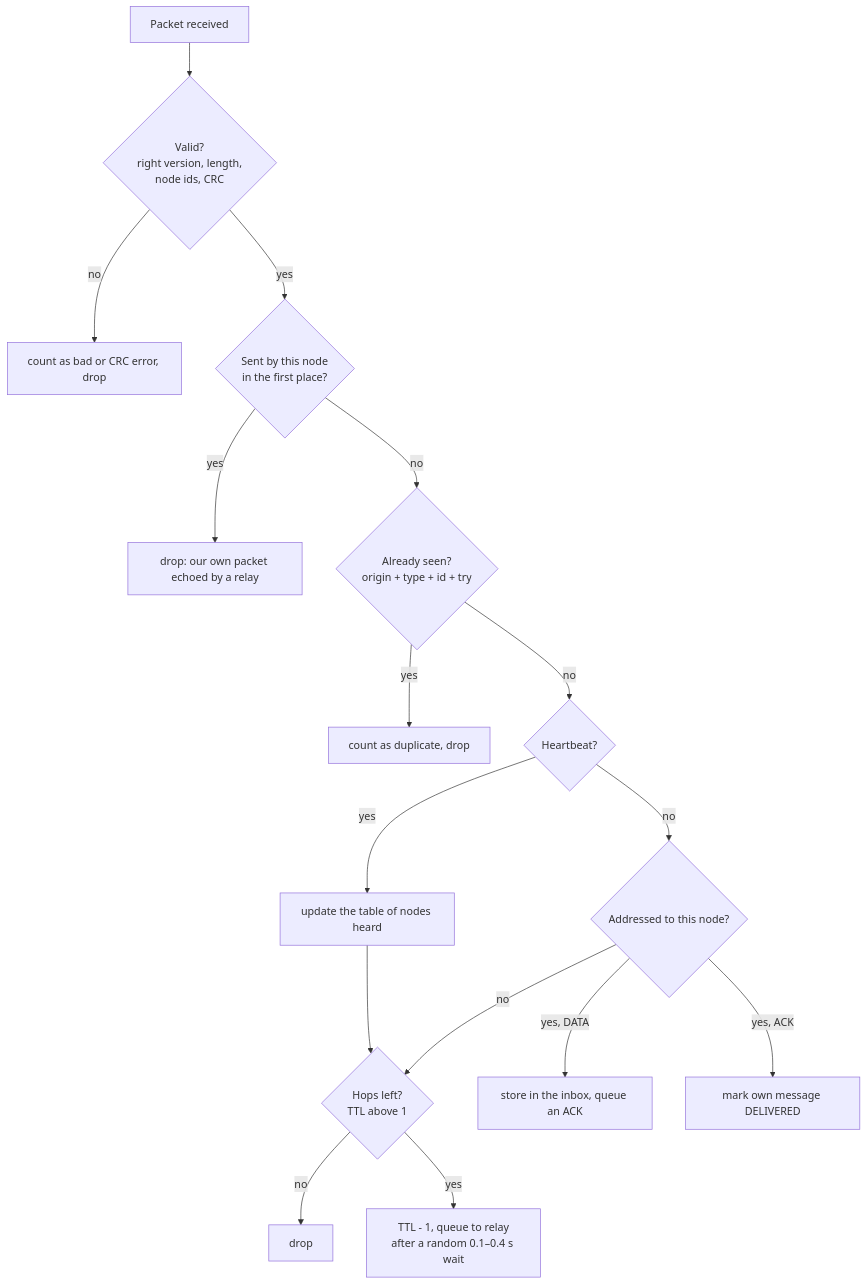
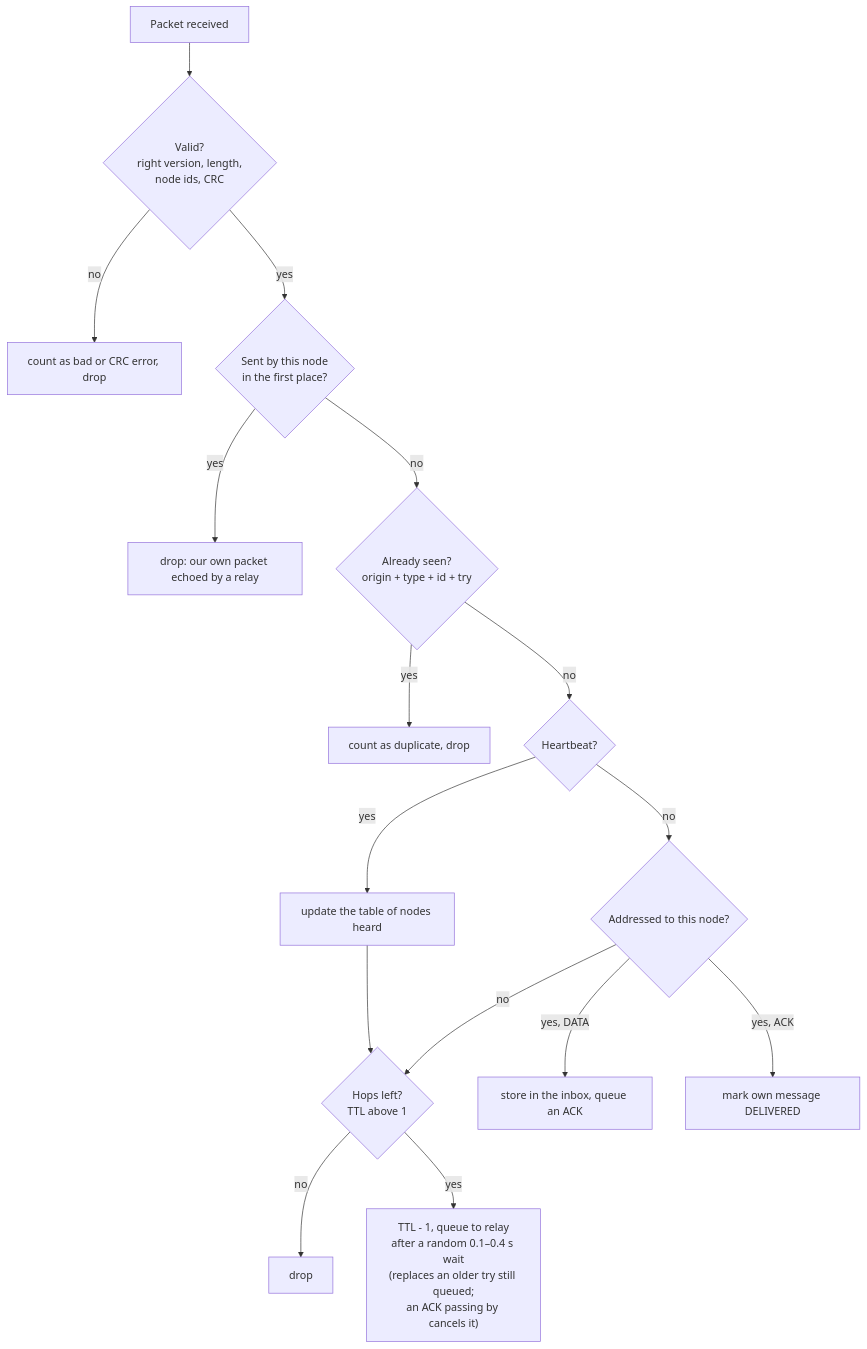
The third of 8 diagrams in plan.md (Arpan-dell/blackout-net), drawn with Mermaid before and after one commit. The commit also changed other lines of this file and 6 other files, not shown here.

````diff
--- a/plan.md
+++ b/plan.md
@@ -49,17 +49,17 @@
 ```mermaid
 flowchart TD
     R["Packet received"] --> V{"Valid?<br/>right version, length,<br/>node ids, CRC"}
     V -- no --> X1["count as bad or CRC error, drop"]
     V -- yes --> O{"Sent by this node<br/>in the first place?"}
     O -- yes --> X2["drop: our own packet echoed by a relay"]
     O -- no --> D{"Already seen?<br/>origin + type + id + try"}
     D -- yes --> X3["count as duplicate, drop"]
     D -- no --> H{"Heartbeat?"}
     H -- yes --> HB["update the table of nodes heard"] --> F
     H -- no --> M{"Addressed to this node?"}
     M -- "yes, DATA" --> S["store in the inbox, queue an ACK"]
     M -- "yes, ACK" --> K["mark own message DELIVERED"]
     M -- no --> F{"Hops left?<br/>TTL above 1"}
     F -- no --> X4["drop"]
-    F -- yes --> Q["TTL - 1, queue to relay<br/>after a random 0.1–0.4 s wait"]
+    F -- yes --> Q["TTL - 1, queue to relay<br/>after a random 0.1–0.4 s wait<br/>(replaces an older try still queued;<br/>an ACK passing by cancels it)"]
 ```
````
